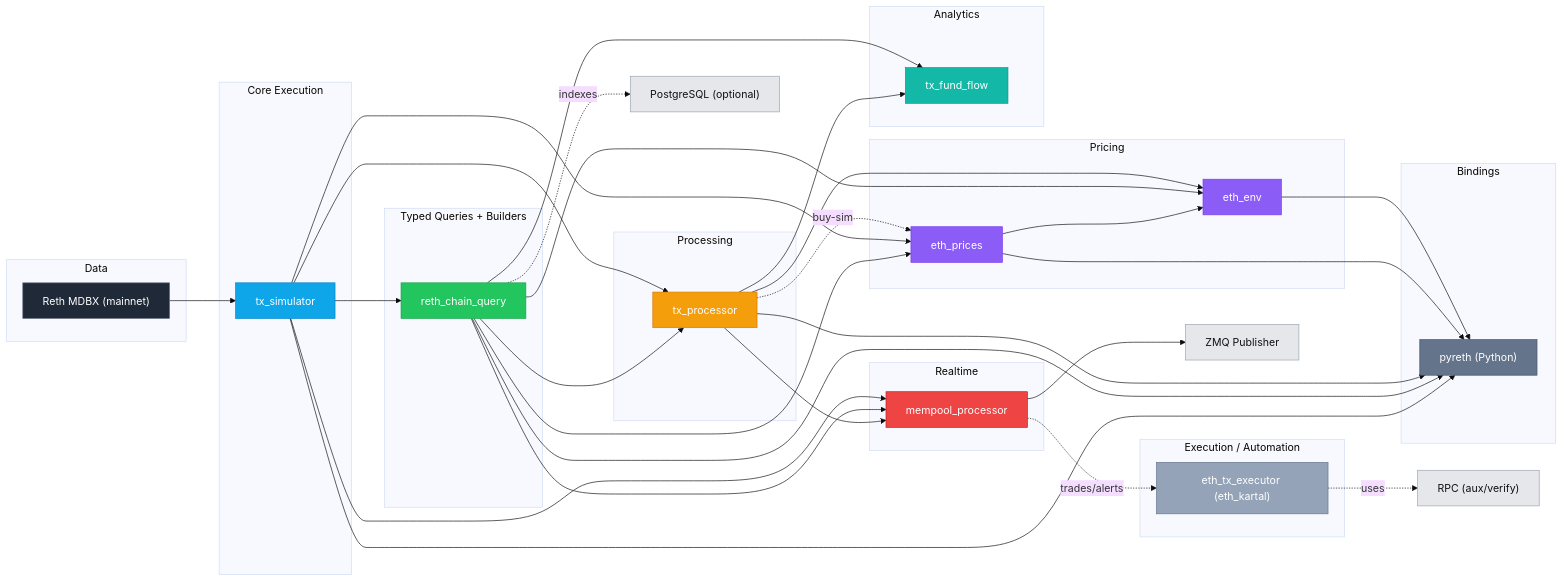
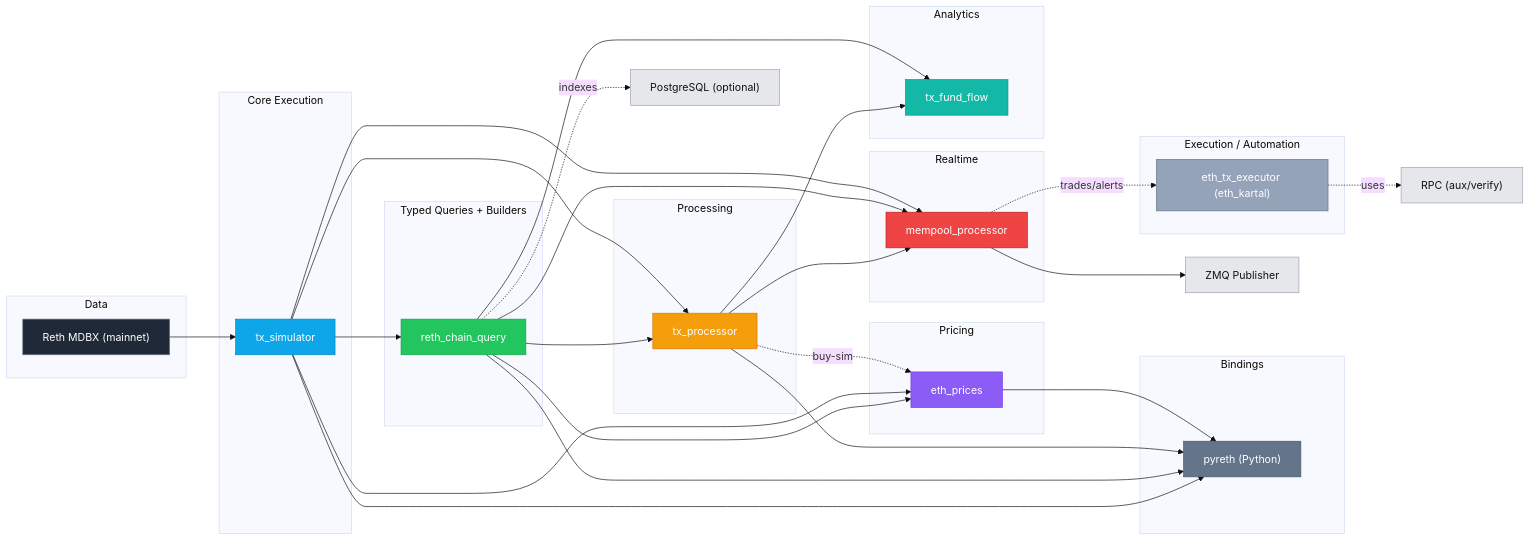
The diagram in reth/README.md (NimaMan/eth), drawn with Mermaid (base theme) before and after one commit. The commit also changed other lines of this file and 22 other files, not shown here.

Commit message:
Remove migrated eth_env crate

```diff
--- a/reth/README.md
+++ b/reth/README.md
@@ -59,7 +58,6 @@
 
   subgraph Pricing
     ETHP["eth_prices"]:::pricing
-    ETHL["eth_env"]:::pricing
   end
 
   subgraph Analytics
@@ -89,10 +87,6 @@
   TXS --> ETHP
   TXP -. buy-sim .-> ETHP
 
-  ETHP --> ETHL
-  RCQ --> ETHL
-  TXP --> ETHL
-
   TXP --> MEMP
   RCQ --> MEMP
   TXS --> MEMP
@@ -104,7 +98,6 @@
   RCQ --> PY
   TXP --> PY
   ETHP --> PY
-  ETHL --> PY
 
   TXP --> TX_FUND_FLOW
   RCQ --> TX_FUND_FLOW
```
